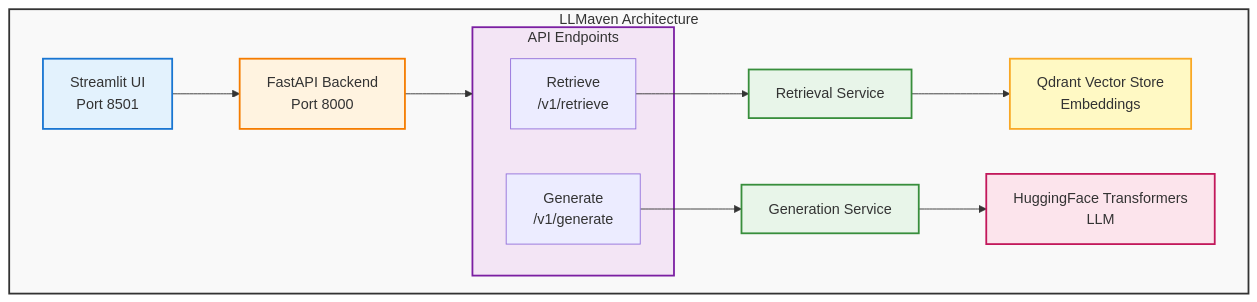
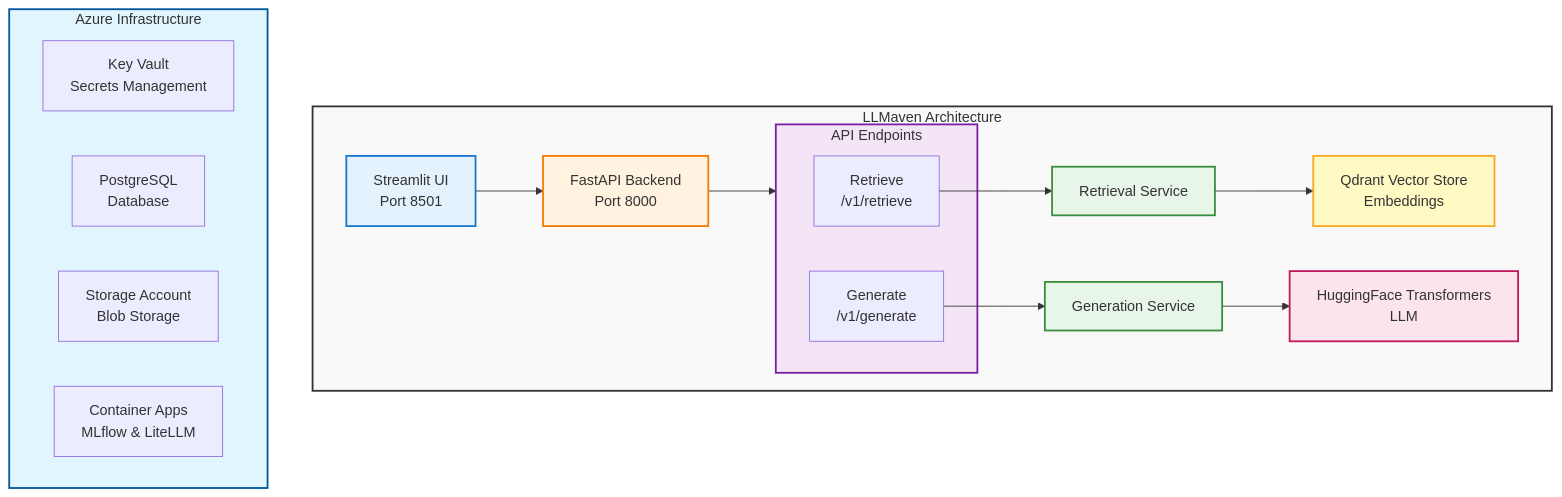
Before and after one commit to uw-ssec/llmoxie: the diagram in README.md, drawn with Mermaid. The commit also changed other lines of this file and 1 other file, not shown here.

Commit message:
docs: Refactor README.md for clarity and structure; enhance infrastructure deployment section and update usage instructions

````diff
--- a/README.md
+++ b/README.md
@@ -35,28 +29,36 @@
 ```mermaid
 graph TB
     subgraph Main[LLMaven Architecture]
         UI["Streamlit UI<br/>Port 8501"] --> Backend["FastAPI Backend<br/>Port 8000"]
 
         Backend --> EndpointsGroup
 
         subgraph EndpointsGroup[API Endpoints]
             Retrieve["Retrieve<br/>/v1/retrieve"]
             Generate["Generate<br/>/v1/generate"]
         end
 
         Retrieve --> RetService["Retrieval Service"]
         Generate --> GenService["Generation Service"]
 
         RetService --> Qdrant["Qdrant Vector Store<br/>Embeddings"]
         GenService --> HF["HuggingFace Transformers<br/>LLM"]
     end
 
+    subgraph Infrastructure[Azure Infrastructure]
+        KeyVault["Key Vault<br/>Secrets Management"]
+        PostgreSQL["PostgreSQL<br/>Database"]
+        Storage["Storage Account<br/>Blob Storage"]
+        ContainerApps["Container Apps<br/>MLflow & LiteLLM"]
+    end
+
     style Main fill:#f9f9f9,stroke:#333,stroke-width:2px
     style UI fill:#e3f2fd,stroke:#1976d2,stroke-width:2px
     style Backend fill:#fff3e0,stroke:#f57c00,stroke-width:2px
     style EndpointsGroup fill:#f3e5f5,stroke:#7b1fa2,stroke-width:2px
     style RetService fill:#e8f5e9,stroke:#388e3c,stroke-width:2px
     style GenService fill:#e8f5e9,stroke:#388e3c,stroke-width:2px
     style Qdrant fill:#fff9c4,stroke:#f9a825,stroke-width:2px
     style HF fill:#fce4ec,stroke:#c2185b,stroke-width:2px
+    style Infrastructure fill:#e1f5ff,stroke:#01579b,stroke-width:2px
 ```
````
